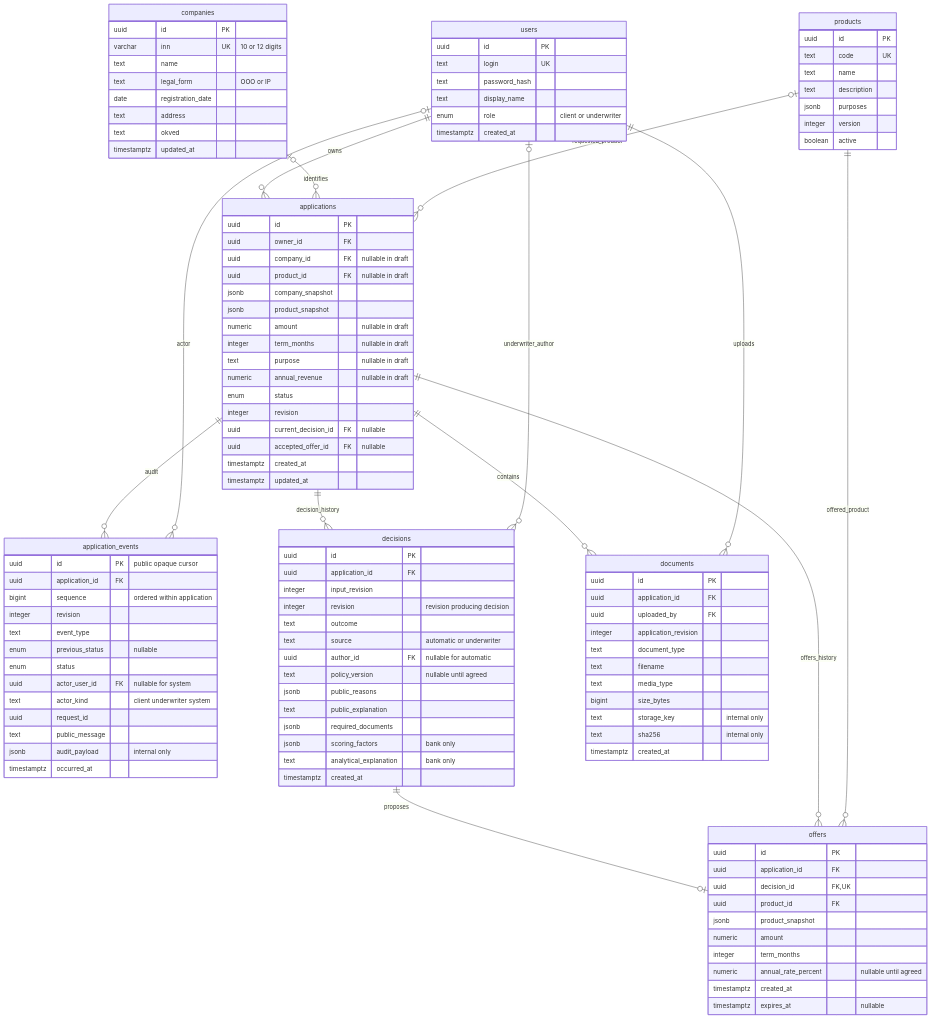
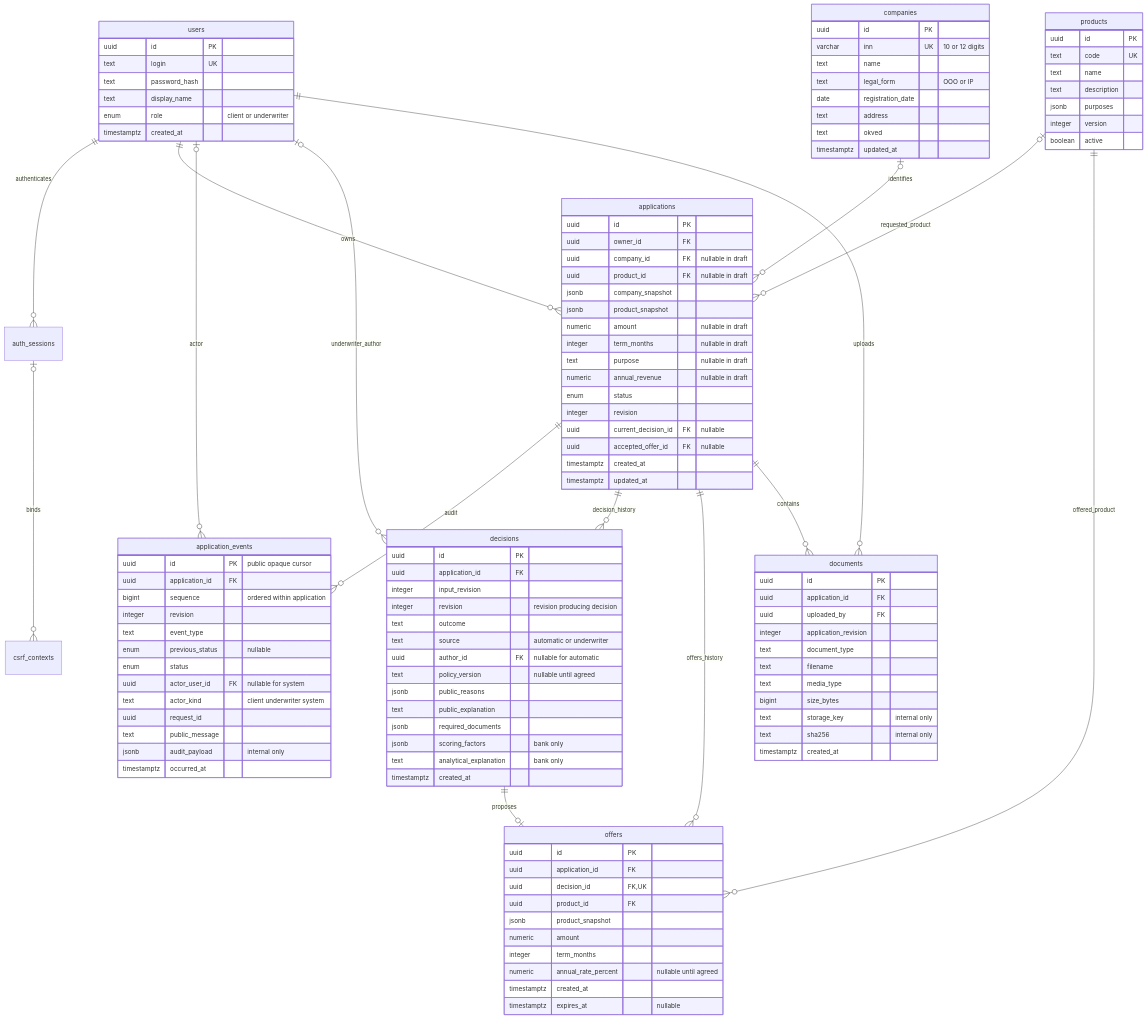
One commit to sb1nala/alfa-hack changed the diagram in docs/data-model.md. Above: the diagram before and after it, drawn with Mermaid. The commit also changed other lines of this file and 28 other files, not shown here.

````diff
--- a/docs/data-model.md
+++ b/docs/data-model.md
@@ -29,5 +28,7 @@
 ```mermaid
 erDiagram
+    users ||--o{ auth_sessions : authenticates
+    auth_sessions o|--o{ csrf_contexts : binds
     users ||--o{ applications : owns
     companies o|--o{ applications : identifies
     products o|--o{ applications : requested_product
````
